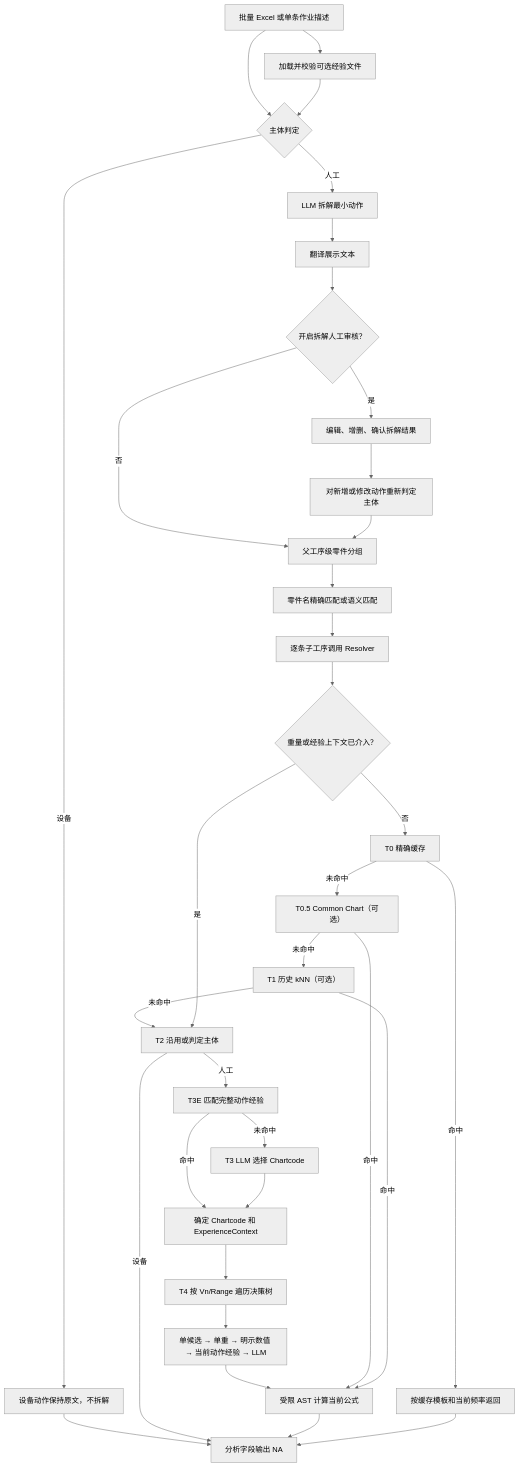
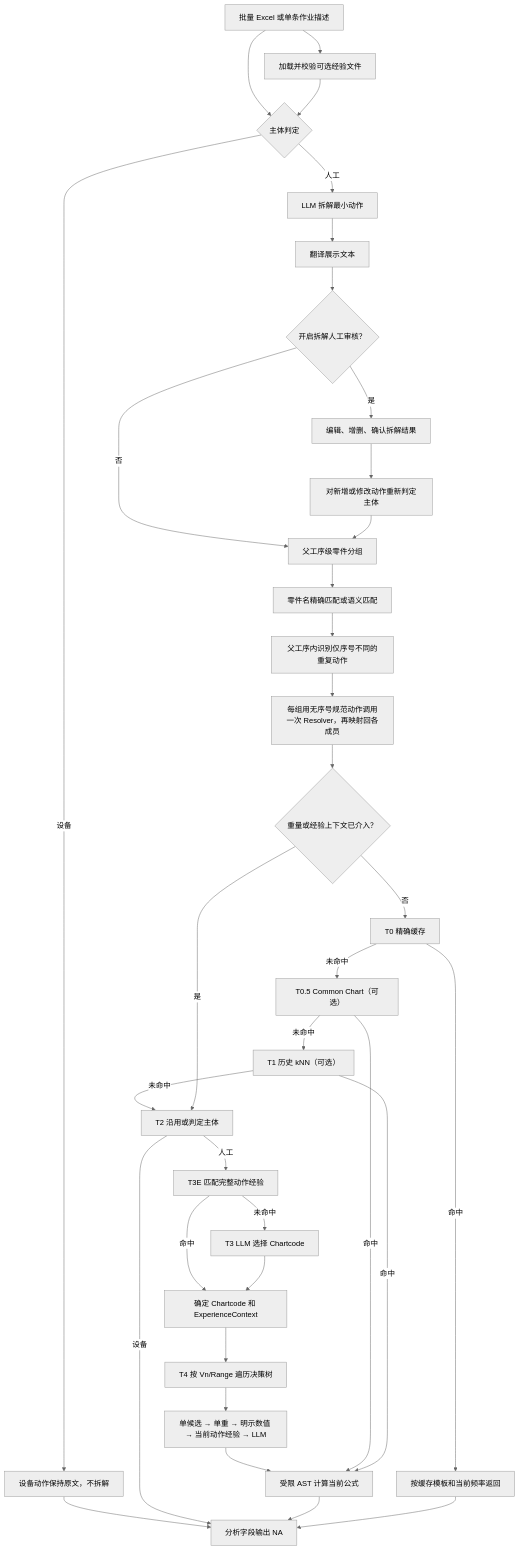
Before and after one commit to yswang24/STDS: the diagram in 全链路决策逻辑.md, drawn with Mermaid (neutral theme). The commit also changed other lines of this file and 7 other files, not shown here.

````diff
--- a/全链路决策逻辑.md
+++ b/全链路决策逻辑.md
@@ -109,41 +113,42 @@
 ```mermaid
 flowchart TD
     INPUT["批量 Excel 或单条作业描述"] --> EXP["加载并校验可选经验文件"]
     INPUT --> CLASSIFY{"主体判定"}
     EXP --> CLASSIFY
 
     CLASSIFY -->|设备| MACHINE["设备动作保持原文，不拆解"]
     CLASSIFY -->|人工| SPLIT["LLM 拆解最小动作"]
     SPLIT --> TRANSLATE["翻译展示文本"]
     TRANSLATE --> REVIEW{"开启拆解人工审核？"}
     REVIEW -->|是| EDIT["编辑、增删、确认拆解结果"]
     REVIEW -->|否| GROUP["父工序级零件分组"]
     EDIT --> RECLASSIFY["对新增或修改动作重新判定主体"]
     RECLASSIFY --> GROUP
 
     GROUP --> PARTMATCH["零件名精确匹配或语义匹配"]
-    PARTMATCH --> CHILD["逐条子工序调用 Resolver"]
+    PARTMATCH --> REPEAT["父工序内识别仅序号不同的重复动作"]
+    REPEAT --> CHILD["每组用无序号规范动作调用一次 Resolver，再映射回各成员"]
     MACHINE --> OUTPUT["分析字段输出 NA"]
 
     CHILD --> SCOPE{"重量或经验上下文已介入？"}
     SCOPE -->|否| T0["T0 精确缓存"]
     T0 -->|未命中| T05["T0.5 Common Chart（可选）"]
     T05 -->|未命中| T1["T1 历史 kNN（可选）"]
     T1 -->|未命中| T2["T2 沿用或判定主体"]
     SCOPE -->|是| T2
 
     T2 -->|设备| OUTPUT
     T2 -->|人工| T3E["T3E 匹配完整动作经验"]
     T3E -->|命中| CHART["确定 Chartcode 和 ExperienceContext"]
     T3E -->|未命中| T3["T3 LLM 选择 Chartcode"]
     T3 --> CHART
 
     CHART --> T4["T4 按 Vn/Range 遍历决策树"]
     T4 --> PICK["单候选 → 单重 → 明示数值 → 当前动作经验 → LLM"]
     PICK --> EVAL["受限 AST 计算当前公式"]
     T0 -->|命中| EVALCACHE["按缓存模板和当前频率返回"]
     T05 -->|命中| EVAL
     T1 -->|命中| EVAL
     EVAL --> OUTPUT
     EVALCACHE --> OUTPUT
 ```
````
